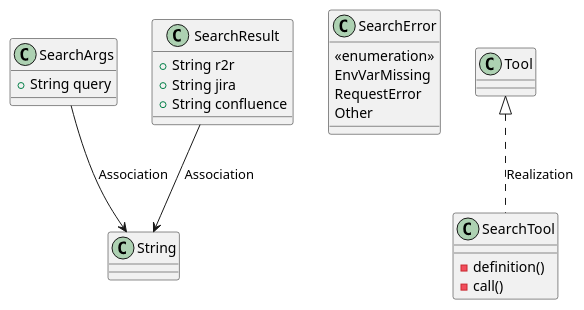
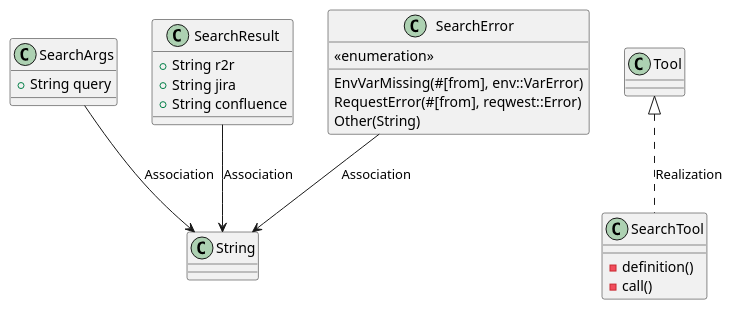
The first of 2 diagrams in openwiki/modules/src/infrastructure/tools/search.md (lgcorzo/fastapi-autogen-team), drawn with PlantUML before and after one commit. The commit also changed other lines of this file and 35 other files, not shown here.

````diff
--- a/openwiki/modules/src/infrastructure/tools/search.md
+++ b/openwiki/modules/src/infrastructure/tools/search.md
@@ -32,25 +32,26 @@
 ```plantuml
 @startuml
     class SearchArgs {
         +String query
     }
     class SearchResult {
         +String r2r
         +String jira
         +String confluence
     }
     class SearchError {
         <<enumeration>>
-        EnvVarMissing
-        RequestError
-        Other
+        EnvVarMissing(#[from], env::VarError)
+        RequestError(#[from], reqwest::Error)
+        Other(String)
     }
     class SearchTool {
         -definition()
         -call()
     }
     SearchArgs --> String : Association
+    SearchError --> String : Association
     SearchResult --> String : Association
     Tool <|.. SearchTool : Realization
 @enduml
 ```
````
